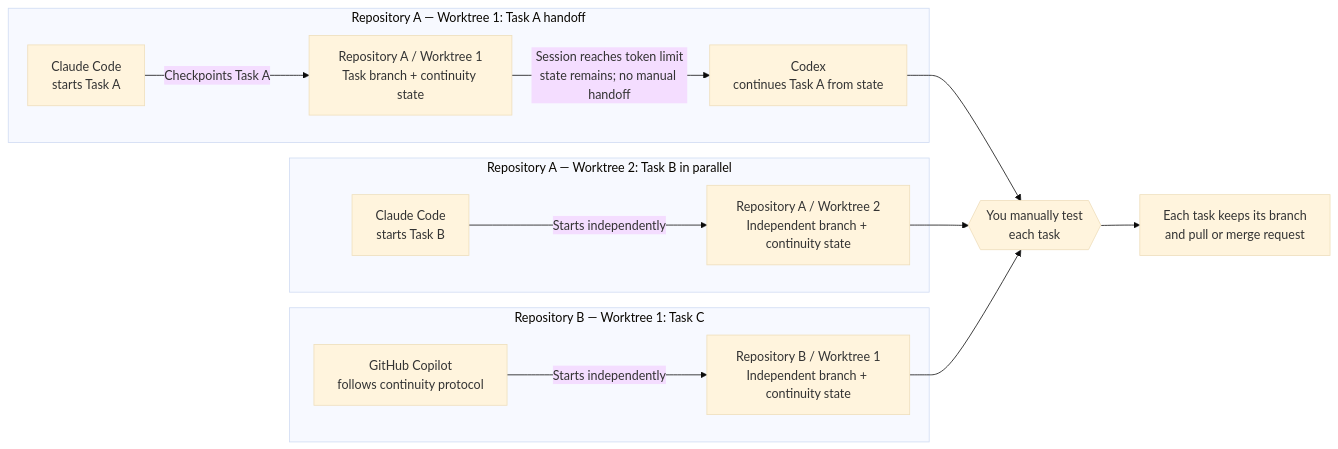
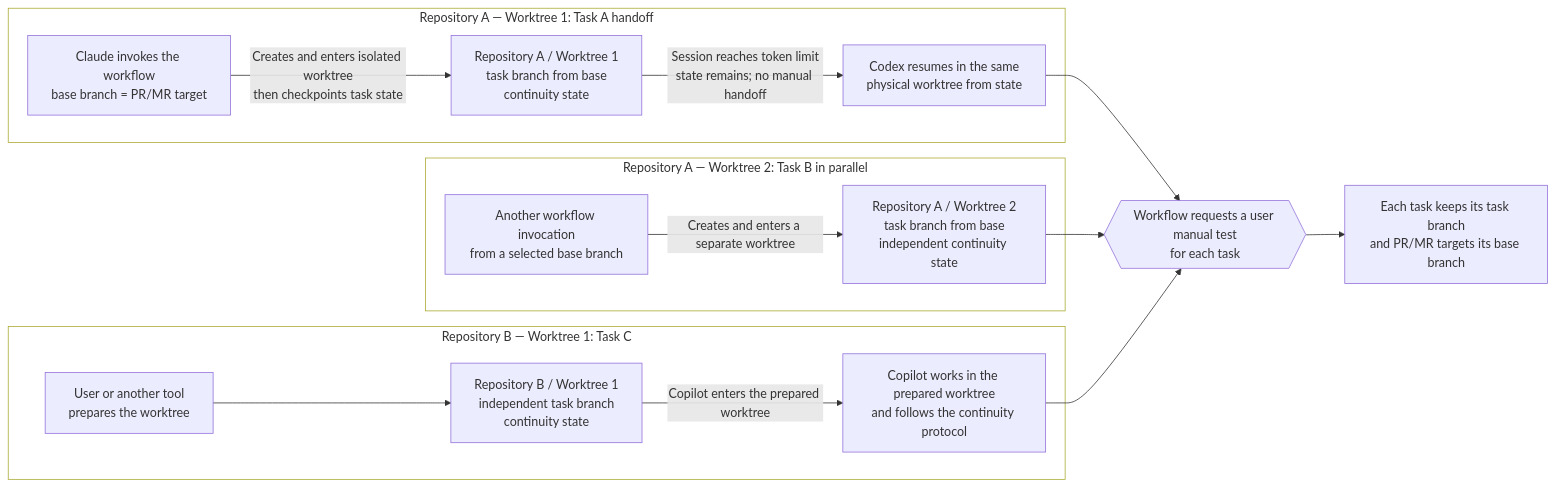
Before and after one commit to sherrilla71940/personal-agentic-dev-environment: the third of 3 diagrams in README.md, drawn with Mermaid. The commit also changed other lines of this file and 1 other file, not shown here.

Commit message:
docs(readme): clarify workflow and Mermaid diagrams

````diff
--- a/README.md
+++ b/README.md
@@ -294,31 +353,33 @@
 ```mermaid
-%%{init: {"theme": "base", "themeVariables": {"fontSize": "16px", "fontFamily": "system-ui, sans-serif"}, "flowchart": {"useMaxWidth": false}}}%%
+%%{init: {"themeVariables": {"clusterBkg": "transparent"}, "flowchart": {"useMaxWidth": false}}}%%
 flowchart LR
     subgraph taskA["Repository A — Worktree 1: Task A handoff"]
-        claudeA["Claude Code<br/>starts Task A"]
-        workA["Repository A / Worktree 1<br/>Task branch + continuity state"]
-        codexA["Codex<br/>continues Task A from state"]
-        claudeA -->|"Checkpoints Task A"| workA
+        claudeA["Claude invokes the workflow<br/>base branch = PR/MR target"]
+        workA["Repository A / Worktree 1<br/>task branch from base<br/>continuity state"]
+        codexA["Codex resumes in the same<br/>physical worktree from state"]
+        claudeA -->|"Creates and enters isolated worktree<br/>then checkpoints task state"| workA
         workA -->|"Session reaches token limit<br/>state remains; no manual handoff"| codexA
     end
 
     subgraph taskB["Repository A — Worktree 2: Task B in parallel"]
-        claudeB["Claude Code<br/>starts Task B"]
-        workB["Repository A / Worktree 2<br/>Independent branch + continuity state"]
-        claudeB -->|"Starts independently"| workB
+        claudeB["Another workflow invocation<br/>from a selected base branch"]
+        workB["Repository A / Worktree 2<br/>task branch from base<br/>independent continuity state"]
+        claudeB -->|"Creates and enters a separate worktree"| workB
     end
 
     subgraph taskC["Repository B — Worktree 1: Task C"]
-        copilotC["GitHub Copilot<br/>follows continuity protocol"]
-        workC["Repository B / Worktree 1<br/>Independent branch + continuity state"]
-        copilotC -->|"Starts independently"| workC
+        prepC["User or another tool<br/>prepares the worktree"]
+        workC["Repository B / Worktree 1<br/>independent task branch<br/>continuity state"]
+        copilotC["Copilot works in the prepared worktree<br/>and follows the continuity protocol"]
+        prepC --> workC
+        workC -->|"Copilot enters the prepared worktree"| copilotC
     end
 
-    gate{{"You manually test<br/>each task"}}
-    out["Each task keeps its branch<br/>and pull or merge request"]
+    gate{{"Workflow requests a user manual test<br/>for each task"}}
+    out["Each task keeps its task branch<br/>and PR/MR targets its base branch"]
 
     codexA --> gate
     workB --> gate
-    workC --> gate
+    copilotC --> gate
     gate --> out
 ```
````
